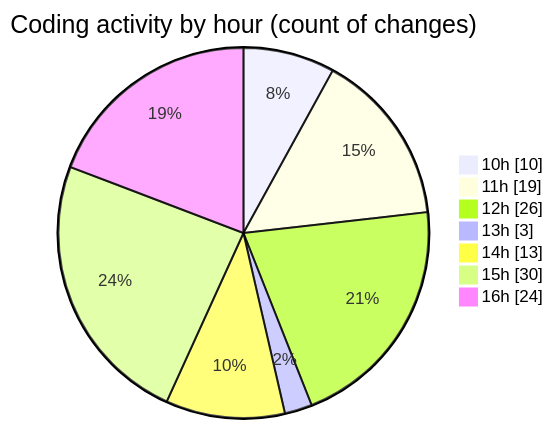
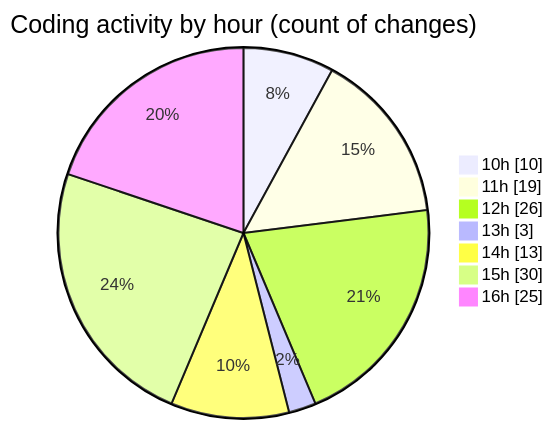
One commit to nxtqubesakshisongat/code-tracking changed the second of 2 diagrams in 2025-07-21/nxtqube_webapp/README.md. Above: the diagram before and after it, drawn with Mermaid. The commit also changed other lines of this file and 1 other file, not shown here.

````diff
--- a/2025-07-21/nxtqube_webapp/README.md
+++ b/2025-07-21/nxtqube_webapp/README.md
@@ -38,11 +38,11 @@
 ```mermaid
 pie showData
 title Coding activity by hour (count of changes)
 "10h" : 10
 "11h" : 19
 "12h" : 26
 "13h" : 3
 "14h" : 13
 "15h" : 30
-"16h" : 24
+"16h" : 25
 ```
````
